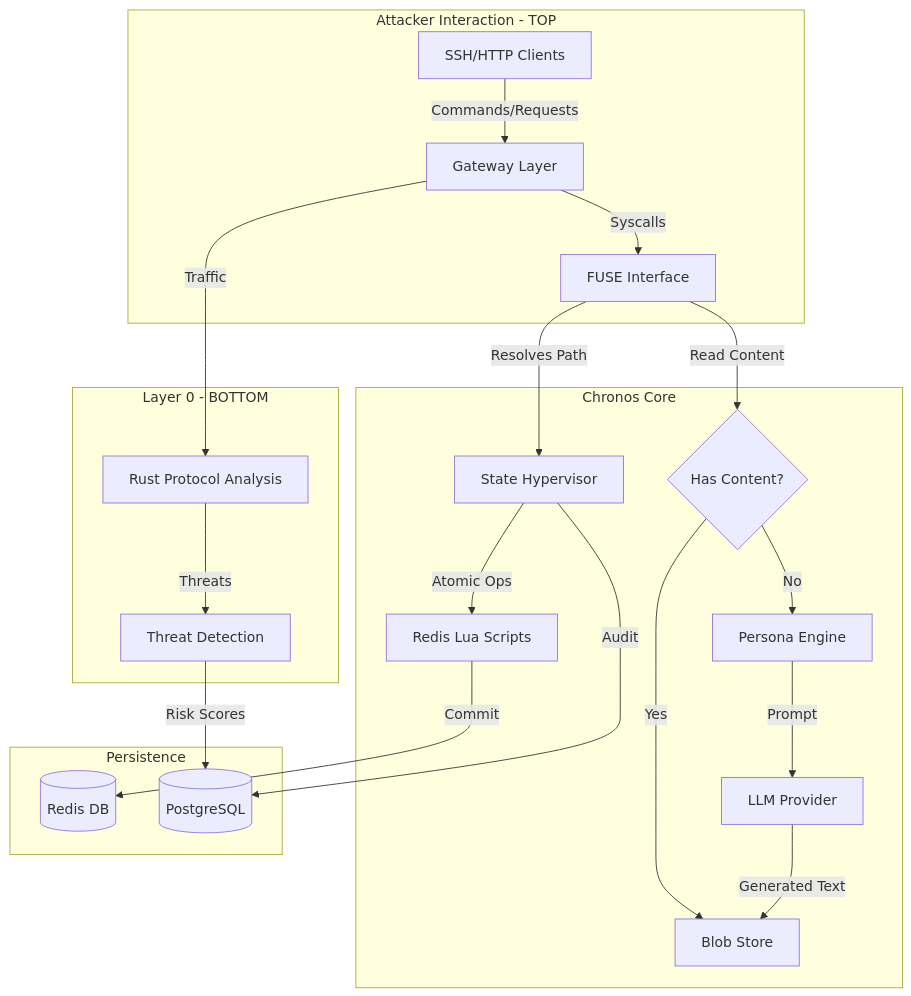
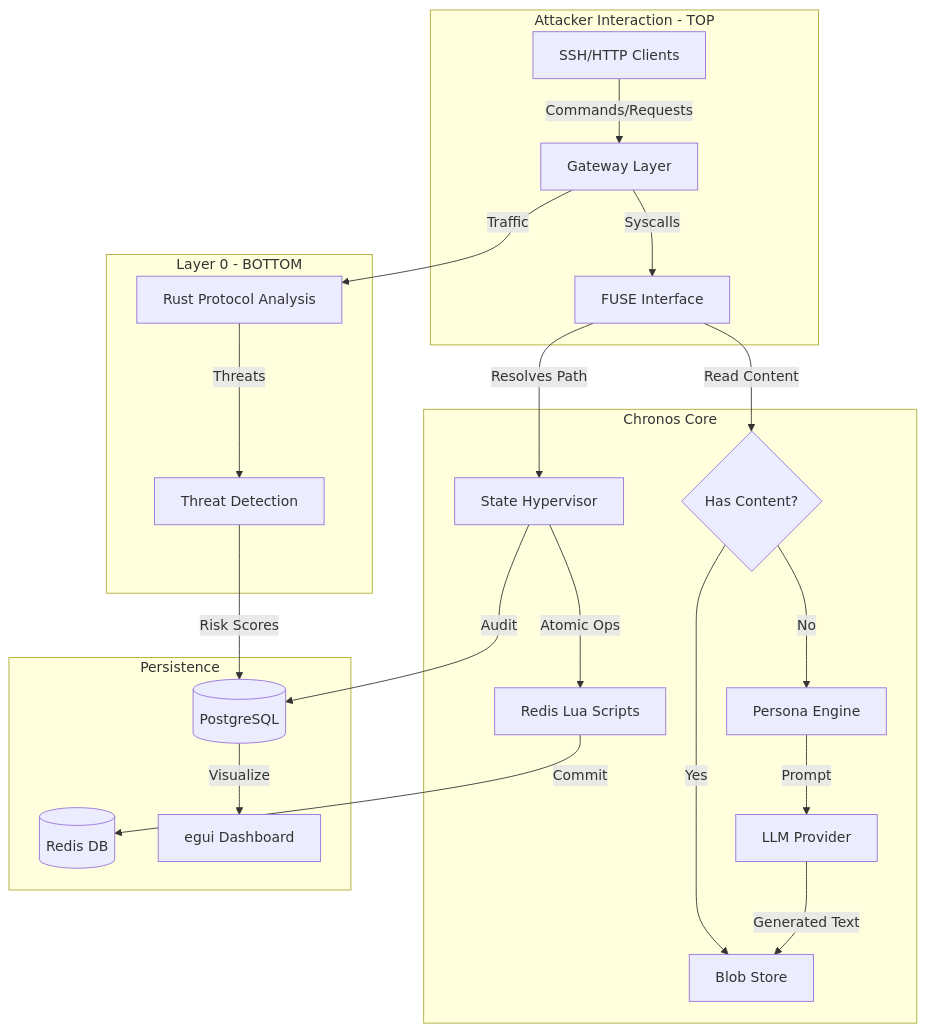
Before and after one commit to Rizzy1857/Apate: the diagram in docs/ARCHITECTURE.md, drawn with Mermaid. The commit also changed other lines of this file and 2 other files, not shown here.

Commit message:
updated: docs

````diff
--- a/docs/ARCHITECTURE.md
+++ b/docs/ARCHITECTURE.md
@@ -28,30 +28,31 @@
 ```mermaid
 graph TD
   subgraph "Attacker Interaction - TOP"
     Shell[SSH/HTTP Clients] -->|Commands/Requests| Gateway[Gateway Layer]
     Gateway -->|Syscalls| Fuse[FUSE Interface]
   end
 
   subgraph "Chronos Core"
     Fuse -->|Resolves Path| Hypervisor[State Hypervisor]
     Hypervisor -->|Atomic Ops| Lua[Redis Lua Scripts]
     
     Fuse -->|Read Content| Cache{Has Content?}
     Cache -->|Yes| Blob[Blob Store]
     Cache -->|No| Persona[Persona Engine]
     
     Persona -->|Prompt| LLM[LLM Provider]
     LLM -->|Generated Text| Blob
   end
 
   subgraph "Persistence"
     Lua -->|Commit| Redis[(Redis DB)]
     Hypervisor -->|Audit| Postgres[(PostgreSQL)]
+    Postgres -->|Visualize| Dashboard[egui Dashboard]
   end
 
   subgraph "Layer 0 - BOTTOM"
     Gateway -->|Traffic| Layer0[Rust Protocol Analysis]
     Layer0 -->|Threats| Skills[Threat Detection]
     Skills -->|Risk Scores| Postgres
   end
 ```
````
